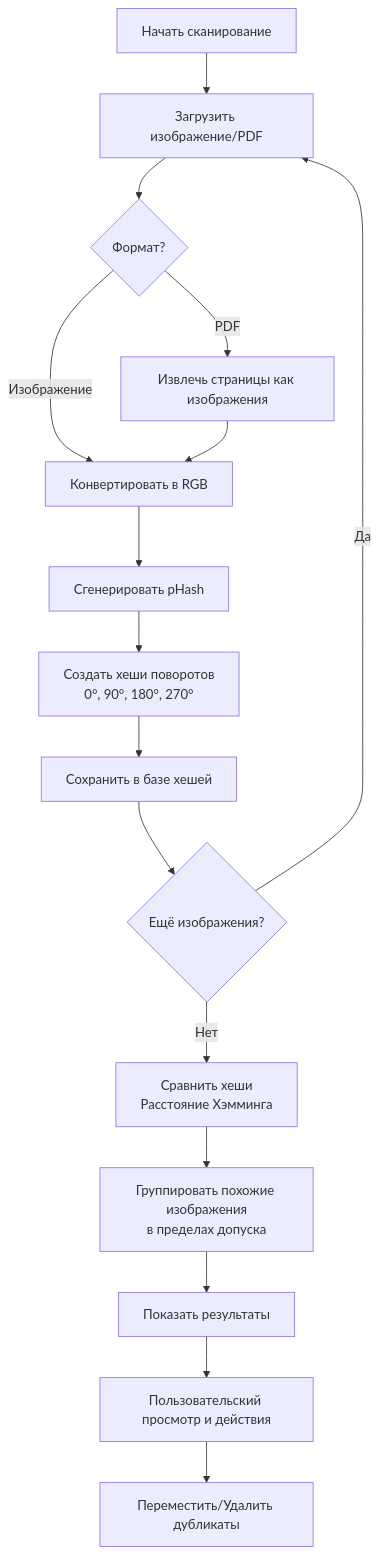
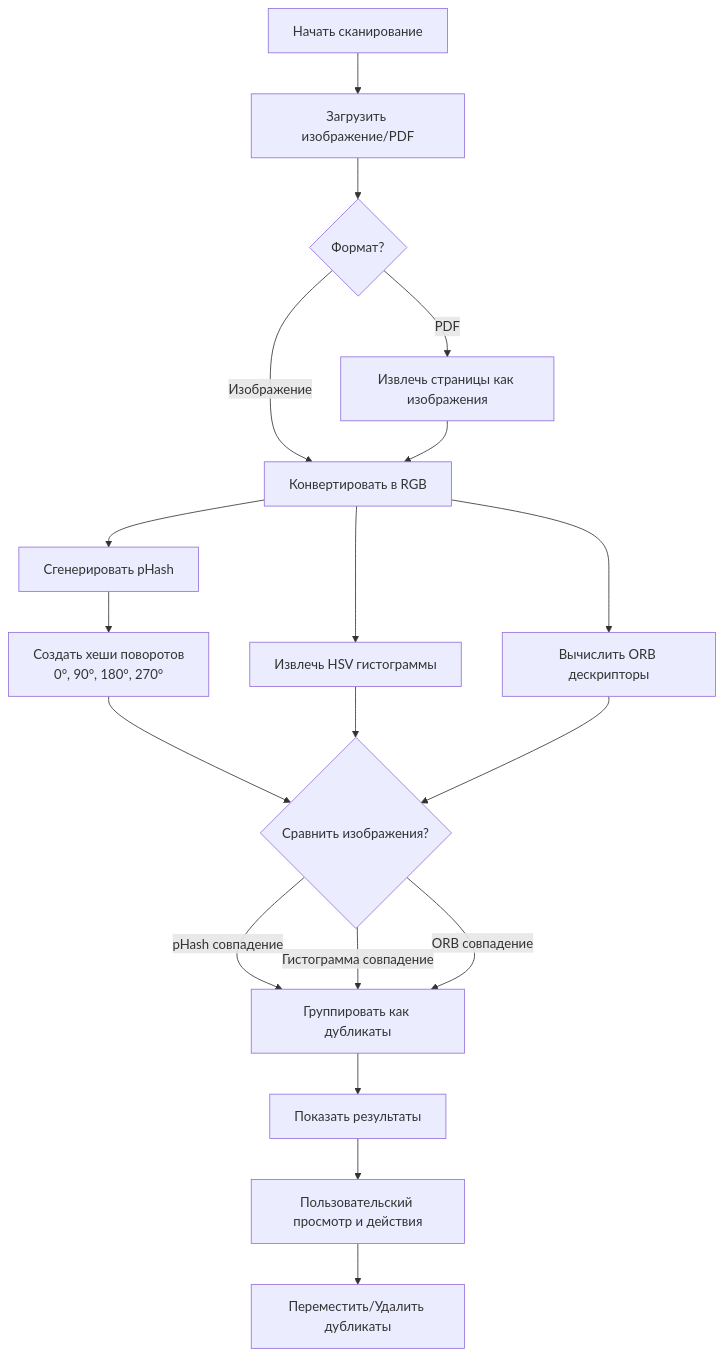
One commit to ephra1m9/Percepta changed the second of 2 diagrams in README.md. Above: the diagram before and after it, drawn with Mermaid. The commit also changed other lines of this file, not shown here.

````diff
--- a/README.md
+++ b/README.md
@@ -277,18 +299,21 @@
 ```mermaid
 flowchart TD
     A[Начать сканирование] --> B[Загрузить изображение/PDF]
     B --> C{Формат?}
     C -->|Изображение| D[Конвертировать в RGB]
     C -->|PDF| E[Извлечь страницы как изображения]
     E --> D
     D --> F[Сгенерировать pHash]
-    F --> G[Создать хеши поворотов<br>0°, 90°, 180°, 270°]
-    G --> H[Сохранить в базе хешей]
-    H --> I{Ещё изображения?}
-    I -->|Да| B
-    I -->|Нет| J[Сравнить хеши<br>Расстояние Хэмминга]
-    J --> K[Группировать похожие изображения<br>в пределах допуска]
+    D --> G[Извлечь HSV гистограммы]
+    D --> H[Вычислить ORB дескрипторы]
+    F --> I[Создать хеши поворотов<br>0°, 90°, 180°, 270°]
+    I --> J{Сравнить изображения?}
+    G --> J
+    H --> J
+    J -->|pHash совпадение| K[Группировать как дубликаты]
+    J -->|Гистограмма совпадение| K
+    J -->|ORB совпадение| K
     K --> L[Показать результаты]
     L --> M[Пользовательский просмотр и действия]
     M --> N[Переместить/Удалить дубликаты]
 ```
````
